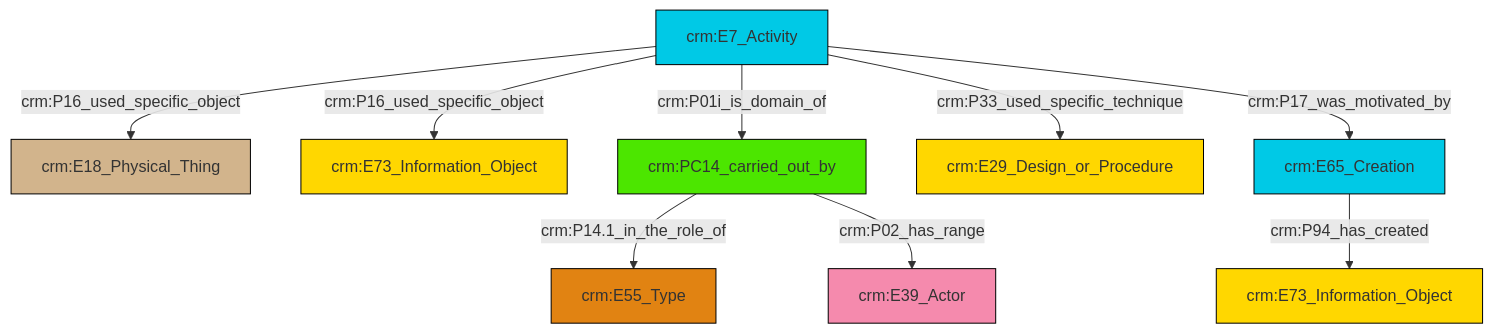
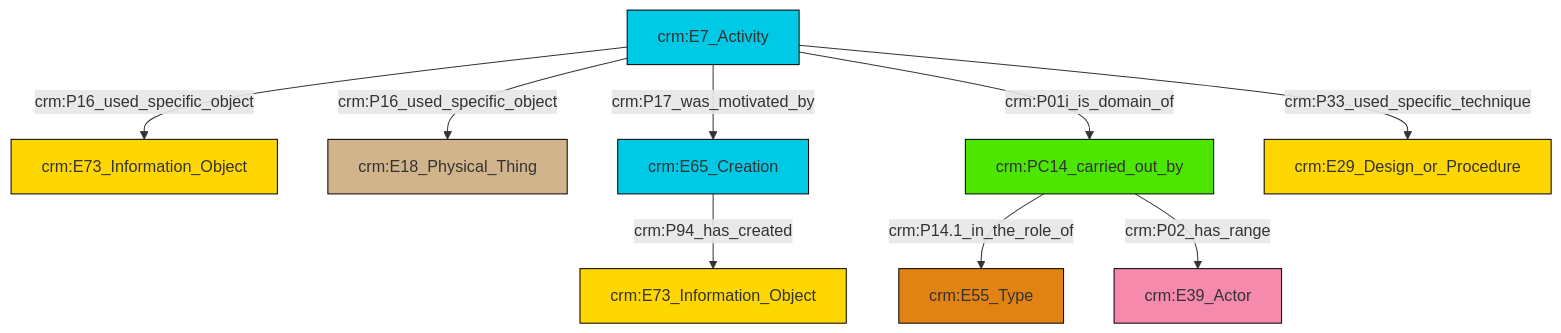
Before and after one commit to swiss-art-research-net/reference-data-models: the diagram in et/eventCSV/ttl/mmd/event_participation.ttl.mmd, drawn with Mermaid. The commit also changed 126 other files, not shown here.

```diff
--- a/et/eventCSV/ttl/mmd/event_participation.ttl.mmd
+++ b/et/eventCSV/ttl/mmd/event_participation.ttl.mmd
@@ -1,23 +1,23 @@
 graph TD
 classDef Literal fill:#f2f2f2,stroke:#000000;
 classDef CRM_Entity fill:#FFFFFF,stroke:#000000;
 classDef Temporal_Entity fill:#00C9E6, stroke:#000000;
 classDef Type fill:#E18312, stroke:#000000;
 classDef Time-Span fill:#2C9C91, stroke:#000000;
 classDef Appellation fill:#FFEB7F, stroke:#000000;
 classDef Place fill:#008836, stroke:#000000;
 classDef Persistent_Item fill:#B266B2, stroke:#000000;
 classDef Conceptual_Object fill:#FFD700, stroke:#000000;
 classDef Physical_Thing fill:#D2B48C, stroke:#000000;
 classDef Actor fill:#f58aad, stroke:#000000;
 classDef PC_Classes fill:#4ce600, stroke:#000000;
 classDef Multi fill:#cccccc,stroke:#000000;
 
-0["crm:E7_Activity"]:::Temporal_Entity -->|crm:P16_used_specific_object| 1["crm:E18_Physical_Thing"]:::Physical_Thing
-0["crm:E7_Activity"]:::Temporal_Entity -->|crm:P01i_is_domain_of| 5["crm:PC14_carried_out_by"]:::PC_Classes
-5["crm:PC14_carried_out_by"]:::PC_Classes -->|crm:P14.1_in_the_role_of| 6["crm:E55_Type"]:::Type
-0["crm:E7_Activity"]:::Temporal_Entity -->|crm:P16_used_specific_object| 2["crm:E73_Information_Object"]:::Conceptual_Object
-0["crm:E7_Activity"]:::Temporal_Entity -->|crm:P33_used_specific_technique| 8["crm:E29_Design_or_Procedure"]:::Conceptual_Object
-12["crm:E65_Creation"]:::Temporal_Entity -->|crm:P94_has_created| 13["crm:E73_Information_Object"]:::Conceptual_Object
-0["crm:E7_Activity"]:::Temporal_Entity -->|crm:P17_was_motivated_by| 12["crm:E65_Creation"]:::Temporal_Entity
-5["crm:PC14_carried_out_by"]:::PC_Classes -->|crm:P02_has_range| 14["crm:E39_Actor"]:::Actor
+0["crm:E7_Activity"]:::Temporal_Entity -->|crm:P16_used_specific_object| 1["crm:E73_Information_Object"]:::Conceptual_Object
+4["crm:E65_Creation"]:::Temporal_Entity -->|crm:P94_has_created| 5["crm:E73_Information_Object"]:::Conceptual_Object
+6["crm:PC14_carried_out_by"]:::PC_Classes -->|crm:P14.1_in_the_role_of| 7["crm:E55_Type"]:::Type
+0["crm:E7_Activity"]:::Temporal_Entity -->|crm:P16_used_specific_object| 2["crm:E18_Physical_Thing"]:::Physical_Thing
+0["crm:E7_Activity"]:::Temporal_Entity -->|crm:P17_was_motivated_by| 4["crm:E65_Creation"]:::Temporal_Entity
+0["crm:E7_Activity"]:::Temporal_Entity -->|crm:P33_used_specific_technique| 9["crm:E29_Design_or_Procedure"]:::Conceptual_Object
+6["crm:PC14_carried_out_by"]:::PC_Classes -->|crm:P02_has_range| 15["crm:E39_Actor"]:::Actor
+0["crm:E7_Activity"]:::Temporal_Entity -->|crm:P01i_is_domain_of| 6["crm:PC14_carried_out_by"]:::PC_Classes
```
